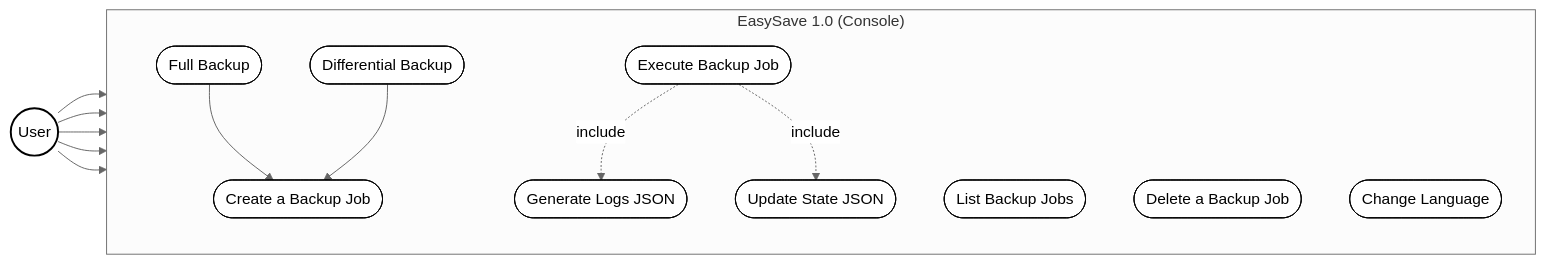
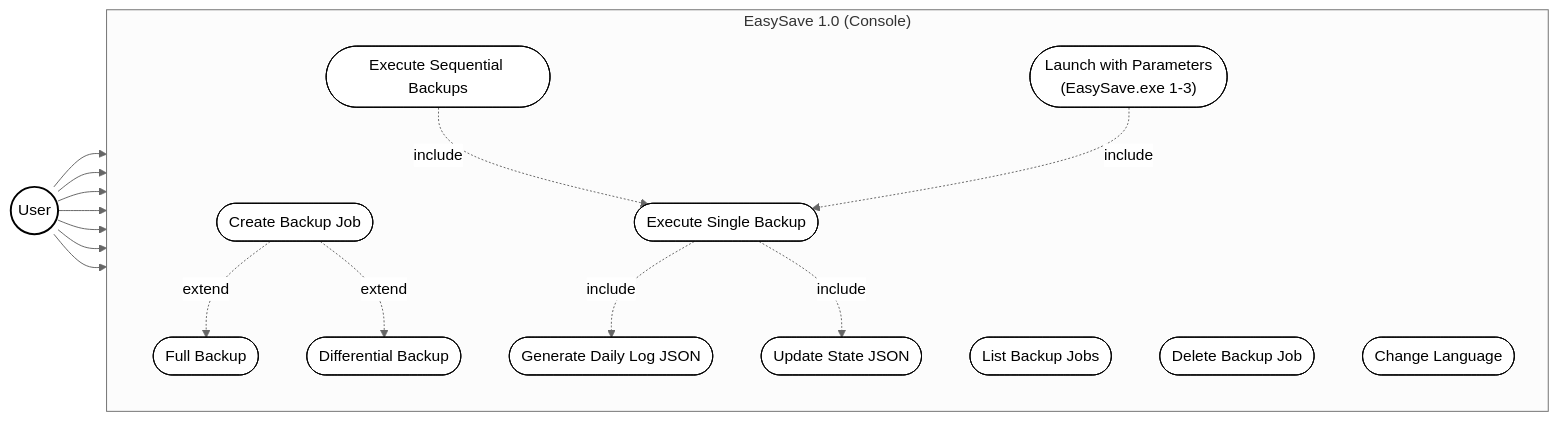
The first of 8 diagrams in Diagrams/UML.md (Groupe1-Prosoft/EasySave), drawn with Mermaid (neutral theme) before and after one commit. The commit also changed 1 other file, not shown here.

Commit message:
EDIT OF THE USE CASE

````diff
--- a/Diagrams/UML.md
+++ b/Diagrams/UML.md
@@ -8,39 +8,44 @@
 ```mermaid
 ---
 config:
-  layout: fixed
+  layout: dagre
 ---
 flowchart LR
  subgraph S["EasySave 1.0 (Console)"]
     direction TB
-        UC_Create(["Create a Backup Job"])
+        UC_Create(["Create Backup Job"])
         UC_List(["List Backup Jobs"])
-        UC_Exec(["Execute Backup Job"])
-        UC_Del(["Delete a Backup Job"])
+        UC_Exec(["Execute Single Backup"])
+        UC_ExecSeq(["Execute Sequential Backups"])
+        UC_Del(["Delete Backup Job"])
         UC_Lang(["Change Language"])
+        UC_CLI(["Launch with Parameters<br/>(EasySave.exe 1-3)"])
         UC_Full(["Full Backup"])
         UC_Diff(["Differential Backup"])
-        UC_Log(["Generate Logs JSON"])
+        UC_Log(["Generate Daily Log JSON"])
         UC_State(["Update State JSON"])
   end
-    U(("User")) --> UC_Create & UC_List & UC_Exec & UC_Del & UC_Lang
-    UC_Full --> UC_Create
-    UC_Diff --> UC_Create
+    U(("User")) --> UC_Create & UC_List & UC_Exec & UC_ExecSeq & UC_Del & UC_Lang & UC_CLI
+    UC_Create -. extend .-> UC_Full
+    UC_Create -. extend .-> UC_Diff
     UC_Exec -. include .-> UC_Log & UC_State
+    UC_ExecSeq -. include .-> UC_Exec
+    UC_CLI -. include .-> UC_Exec
 
      UC_Create:::caseStyle
      UC_List:::caseStyle
      UC_Exec:::caseStyle
+     UC_ExecSeq:::caseStyle
      UC_Del:::caseStyle
      UC_Lang:::caseStyle
+     UC_CLI:::caseStyle
      UC_Full:::caseStyle
      UC_Diff:::caseStyle
      UC_Log:::caseStyle
      UC_State:::caseStyle
      U:::actorStyle
     classDef actorStyle fill:#fff,stroke:#000,stroke-width:2px
     classDef caseStyle fill:#fff,stroke:#000,stroke-width:1px,rx:20,ry:20
-    classDef sysStyle fill:#f4f4f4,stroke:#000,stroke-width:2px
 
 
 ```
````
